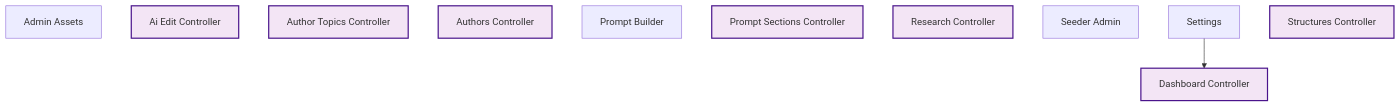
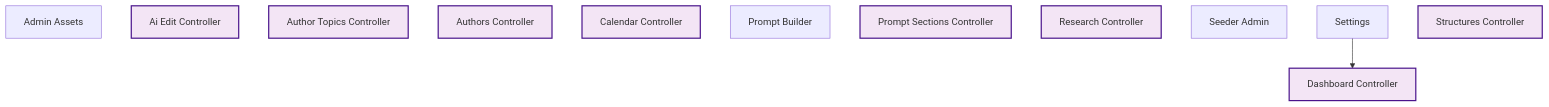
One commit to rpnunez/wp-ai-scheduler changed the sixth of 10 diagrams in docs/feature-report.md. Above: the diagram before and after it, drawn with Mermaid. The commit also changed other lines of this file, not shown here.

````diff
--- a/docs/feature-report.md
+++ b/docs/feature-report.md
@@ -263,23 +264,24 @@
 ```mermaid
 flowchart TD
     %% User Interface Architecture
 
     Admin_Assets["Admin Assets"]
     AI_Edit_Controller["Ai Edit Controller"]
     Author_Topics_Controller["Author Topics Controller"]
     Authors_Controller["Authors Controller"]
+    Calendar_Controller["Calendar Controller"]
     Dashboard_Controller["Dashboard Controller"]
     Prompt_Builder["Prompt Builder"]
     Prompt_Sections_Controller["Prompt Sections Controller"]
     Research_Controller["Research Controller"]
     Seeder_Admin["Seeder Admin"]
     Settings["Settings"]
     Structures_Controller["Structures Controller"]
 
     Settings --> Dashboard_Controller
 
     classDef repository fill:#e1f5ff,stroke:#01579b,stroke-width:2px
     classDef service fill:#fff3e0,stroke:#e65100,stroke-width:2px
     classDef controller fill:#f3e5f5,stroke:#4a148c,stroke-width:2px
-    class AI_Edit_Controller,Author_Topics_Controller,Authors_Controller,Dashboard_Controller,Prompt_Sections_Controller,Research_Controller,Structures_Controller controller
+    class AI_Edit_Controller,Author_Topics_Controller,Authors_Controller,Calendar_Controller,Dashboard_Controller,Prompt_Sections_Controller,Research_Controller,Structures_Controller controller
 ```
````
